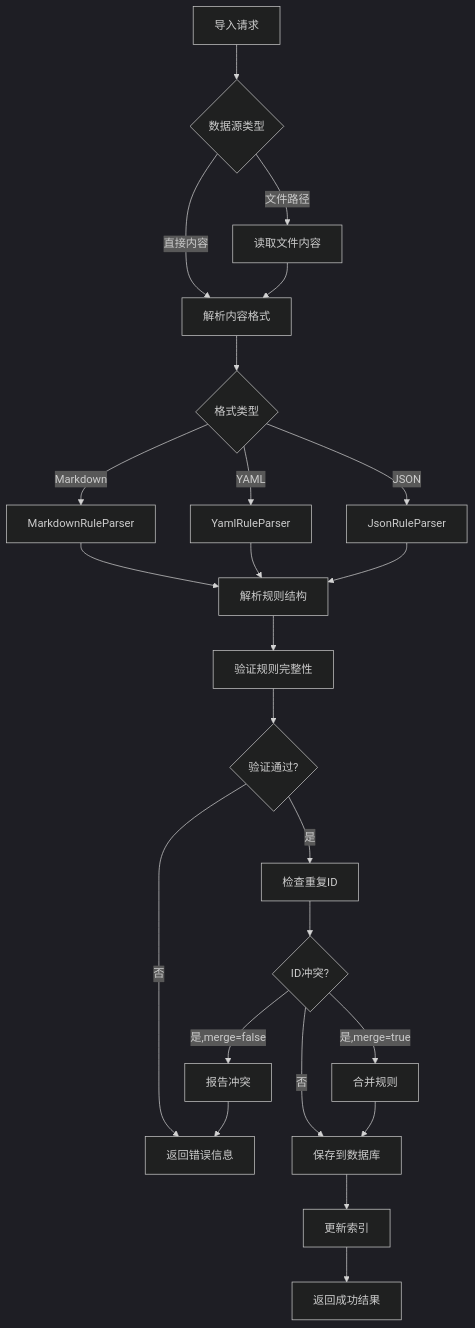
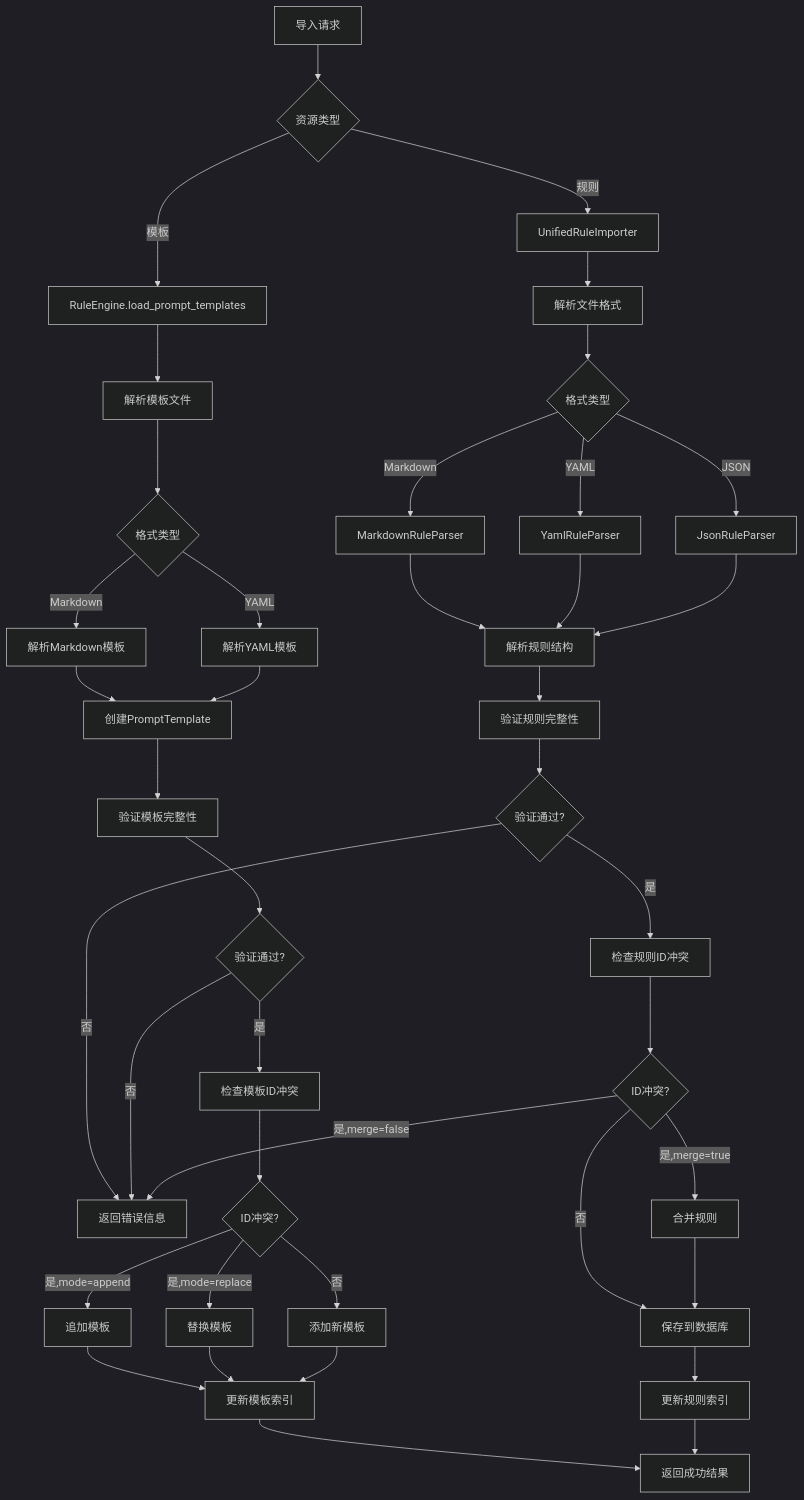
Before and after one commit to Mapoet/cursorrules-mcp: the sixth of 18 diagrams in docs/techs.md, drawn with Mermaid (dark theme). The commit also changed other lines of this file and 1 other file, not shown here.

````diff
--- a/docs/techs.md
+++ b/docs/techs.md
@@ -263,35 +263,59 @@
 ```mermaid
 flowchart TD
-    A[导入请求] --> B{数据源类型}
+    A[导入请求] --> B{资源类型}
     
-    B -->|文件路径| C[读取文件内容]
-    B -->|直接内容| D[解析内容格式]
+    B -->|规则| C[UnifiedRuleImporter]
+    B -->|模板| D[RuleEngine.load_prompt_templates]
     
-    C --> D
-    D --> E{格式类型}
+    C --> E[解析文件格式]
+    D --> F[解析模板文件]
     
-    E -->|Markdown| F[MarkdownRuleParser]
-    E -->|YAML| G[YamlRuleParser]
-    E -->|JSON| H[JsonRuleParser]
+    E --> G{格式类型}
+    F --> H{格式类型}
     
-    F --> I[解析规则结构]
-    G --> I
-    H --> I
+    G -->|Markdown| I[MarkdownRuleParser]
+    G -->|YAML| J[YamlRuleParser]
+    G -->|JSON| K[JsonRuleParser]
     
-    I --> J[验证规则完整性]
-    J --> K{验证通过?}
+    H -->|Markdown| L[解析Markdown模板]
+    H -->|YAML| M[解析YAML模板]
     
-    K -->|是| L[检查重复ID]
-    K -->|否| M[返回错误信息]
+    I --> N[解析规则结构]
+    J --> N
+    K --> N
     
-    L --> N{ID冲突?}
-    N -->|是,merge=true| O[合并规则]
-    N -->|是,merge=false| P[报告冲突]
-    N -->|否| Q[保存到数据库]
+    L --> O[创建PromptTemplate]
+    M --> O
     
-    O --> Q
-    Q --> R[更新索引]
-    R --> S[返回成功结果]
+    N --> P[验证规则完整性]
+    O --> Q[验证模板完整性]
     
-    P --> M
+    P --> R{验证通过?}
+    Q --> S{验证通过?}
+    
+    R -->|是| T[检查规则ID冲突]
+    S -->|是| U[检查模板ID冲突]
+    
+    R -->|否| V[返回错误信息]
+    S -->|否| V
+    
+    T --> W{ID冲突?}
+    U --> X{ID冲突?}
+    
+    W -->|是,merge=true| Y[合并规则]
+    W -->|是,merge=false| V
+    W -->|否| Z[保存到数据库]
+    
+    X -->|是,mode=append| AA[追加模板]
+    X -->|是,mode=replace| BB[替换模板]
+    X -->|否| CC[添加新模板]
+    
+    Y --> Z
+    AA --> DD[更新模板索引]
+    BB --> DD
+    CC --> DD
+    
+    Z --> EE[更新规则索引]
+    DD --> FF[返回成功结果]
+    EE --> FF
 ```
````
